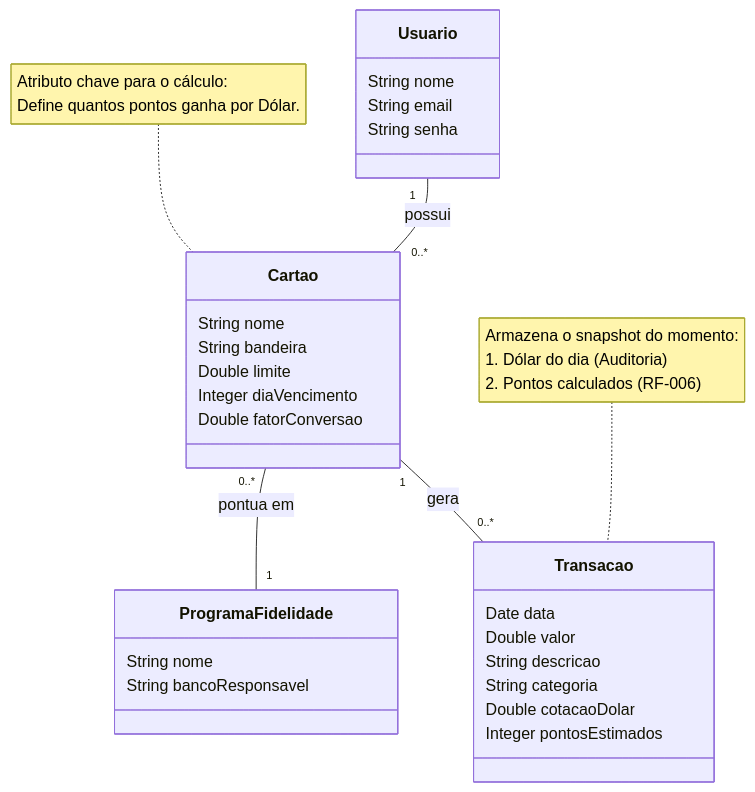
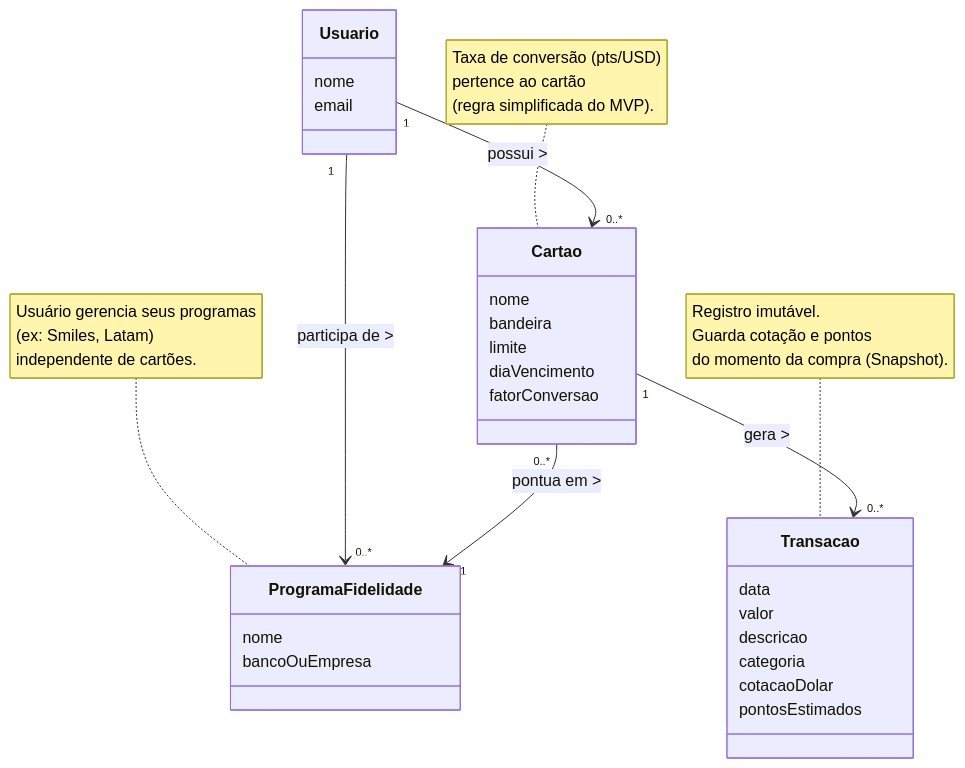
The diagram in docs/diagrama-conceitual.md (JGustavoCN/miles-manager), drawn with Mermaid before and after one commit. The commit also changed other lines of this file and 7 other files, not shown here.

````diff
--- a/docs/diagrama-conceitual.md
+++ b/docs/diagrama-conceitual.md
@@ -9,47 +9,47 @@
 ```mermaid
----
-config:
-  layout: dagre
----
-classDiagram
-    direction TB
+classDiagram-v2
+%% ============================================
+%% MODELO CONCEITUAL - MILES MANAGER
+%% ============================================
 
-    %% Entidades (Conceitos)
-    class Usuario {
-        String nome
-        String email
-        String senha
-    }
+%% ENTIDADES
+class Usuario {
+    nome
+    email
+}
 
-    class Cartao {
-        String nome
-        String bandeira
-        Double limite
-        Integer diaVencimento
-        Double fatorConversao
-    }
+class ProgramaFidelidade {
+    nome
+    bancoOuEmpresa
+}
 
-    class ProgramaFidelidade {
-        String nome
-        String bancoResponsavel
-    }
+class Cartao {
+    nome
+    bandeira
+    limite
+    diaVencimento
+    fatorConversao
+}
 
-    class Transacao {
-        Date data
-        Double valor
-        String descricao
-        String categoria
-        Double cotacaoDolar
-        Integer pontosEstimados
-    }
+class Transacao {
+    data
+    valor
+    descricao
+    categoria
+    cotacaoDolar
+    pontosEstimados
+}
 
-    %% Notas Explicativas
-    note for Cartao "Atributo chave para o cálculo:<br/>Define quantos pontos ganha por Dólar."
-    note for Transacao "Armazena o snapshot do momento:<br/>1. Dólar do dia (Auditoria)<br/>2. Pontos calculados (RF-006)"
+%% RELACIONAMENTOS
+Usuario "1" --> "0..*" Cartao : possui >
+Usuario "1" --> "0..*" ProgramaFidelidade : participa de >
+Cartao "0..*" --> "1" ProgramaFidelidade : pontua em >
+Cartao "1" --> "0..*" Transacao : gera >
 
-    %% Relacionamentos
-    Usuario "1" -- "0..*" Cartao : possui
-    Cartao "0..*" -- "1" ProgramaFidelidade : pontua em
-    Cartao "1" -- "0..*" Transacao : gera
+%% NOTAS DE NEGÓCIO (multilinha com <br/>)
+note for ProgramaFidelidade "Usuário gerencia seus programas<br/>(ex: Smiles, Latam)<br/>independente de cartões."
+note for Transacao "Registro imutável.<br/>Guarda cotação e pontos<br/>do momento da compra (Snapshot)."
+note for Cartao "Taxa de conversão (pts/USD)<br/>pertence ao cartão<br/>(regra simplificada do MVP)."
+
 
 ```
````
